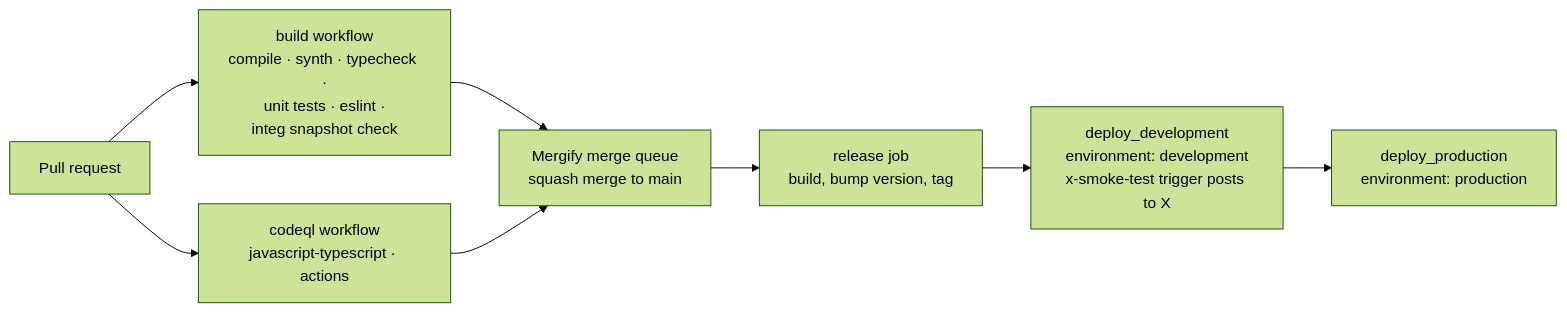
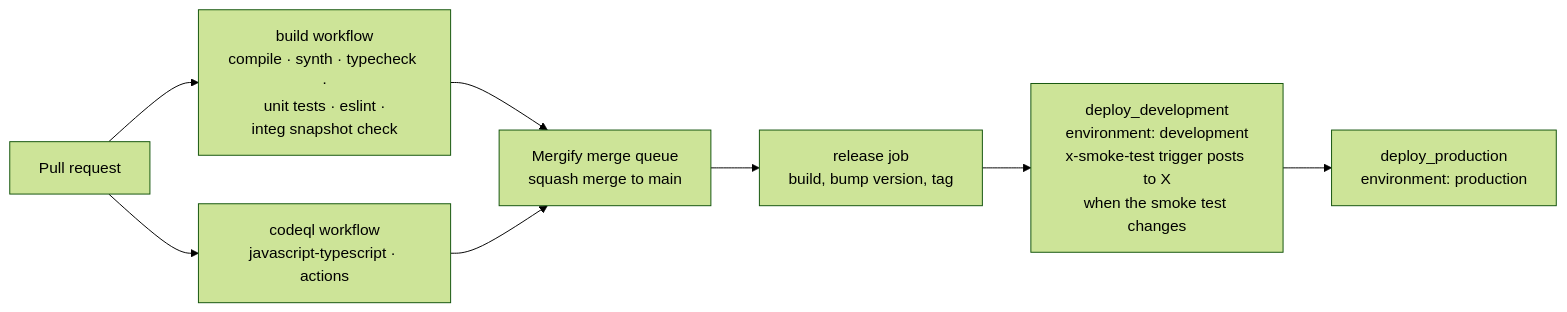
The fourth of 4 diagrams in docs/infrastructure.md (daveshepherd/river-levels), drawn with Mermaid (forest theme) before and after one commit. The commit also changed other lines of this file and 6 other files, not shown here.

First line of the commit message:
feat(notifications-stack): only smoke test X when posting could be affected (#597)

````diff
--- a/docs/infrastructure.md
+++ b/docs/infrastructure.md
@@ -430,9 +432,9 @@
 ```mermaid
 flowchart LR
   pr["Pull request"] --> build["build workflow<br/>compile · synth · typecheck ·<br/>unit tests · eslint ·<br/>integ snapshot check"]
   pr --> codeql["codeql workflow<br/>javascript-typescript · actions"]
   build & codeql --> merge["Mergify merge queue<br/>squash merge to main"]
   merge --> release["release job<br/>build, bump version, tag"]
-  release --> dev["deploy_development<br/>environment: development<br/>x-smoke-test trigger posts to X"]
+  release --> dev["deploy_development<br/>environment: development<br/>x-smoke-test trigger posts to X<br/>when the smoke test changes"]
   dev --> prod["deploy_production<br/>environment: production"]
 ```
````
